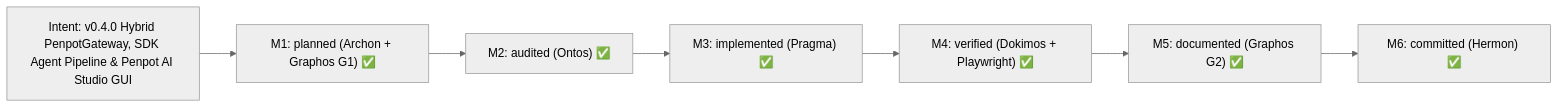
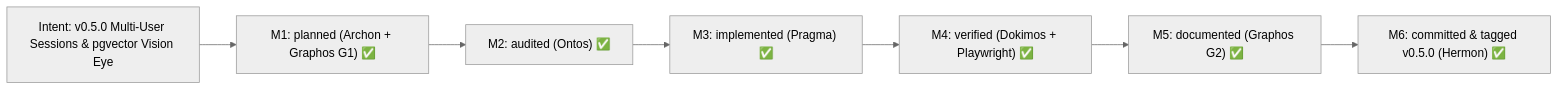
Before and after one commit to ancrz/penpot-mcp-server: the first of 3 diagrams in README.md, drawn with Mermaid (neutral theme). The commit also changed other lines of this file and 7 other files, not shown here.

Commit message:
docs(readme,docs): update v0.5.0 docs, Mermaid diagrams, tech stack, and untrack docs/*.md ignore

````diff
--- a/README.md
+++ b/README.md
@@ -34,9 +36,9 @@
 ```mermaid
 flowchart LR
-    I["Intent: v0.4.0 Hybrid PenpotGateway, SDK Agent Pipeline & Penpot AI Studio GUI"] --> M1["M1: planned (Archon + Graphos G1) ✅"]
+    I["Intent: v0.5.0 Multi-User Sessions & pgvector Vision Eye"] --> M1["M1: planned (Archon + Graphos G1) ✅"]
     M1 --> M2["M2: audited (Ontos) ✅"]
     M2 --> M3["M3: implemented (Pragma) ✅"]
     M3 --> M4["M4: verified (Dokimos + Playwright) ✅"]
     M4 --> M5["M5: documented (Graphos G2) ✅"]
-    M5 --> M6["M6: committed (Hermon) ✅"]
+    M5 --> M6["M6: committed & tagged v0.5.0 (Hermon) ✅"]
 ```
````
